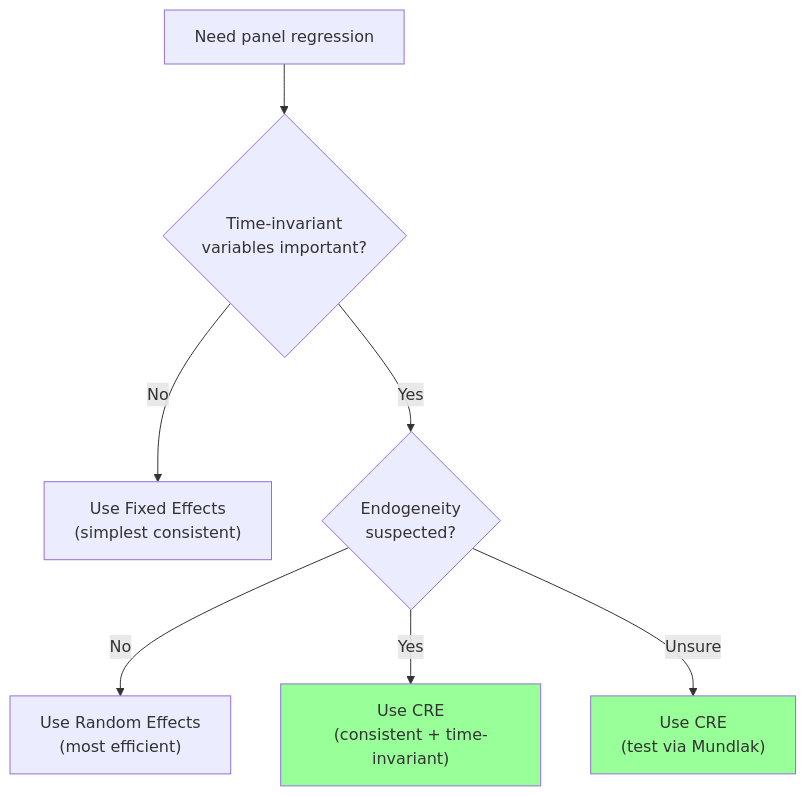
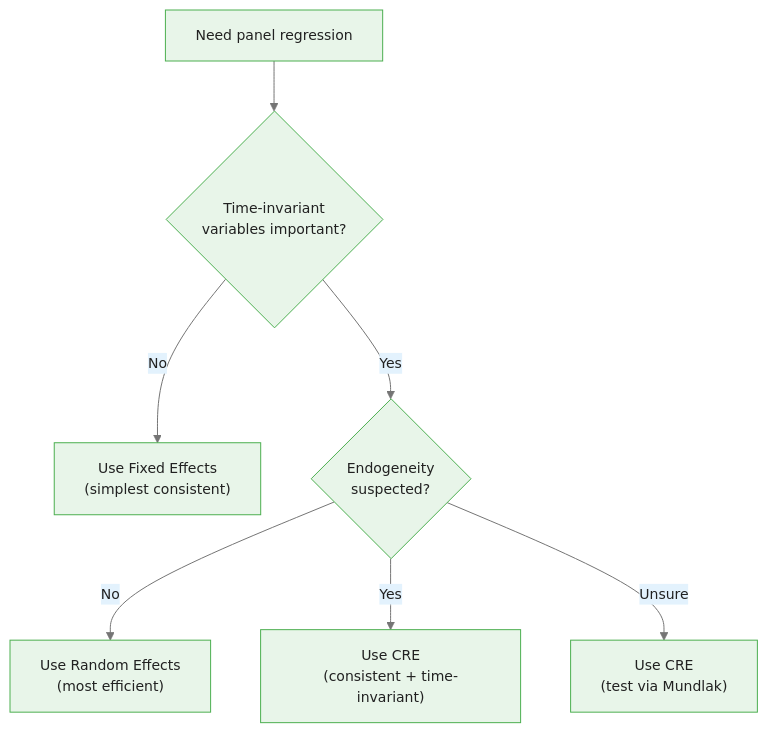
The fourth of 4 diagrams in courses/panel-regression/modules/module_03_random_effects/guides/03_correlated_random_effects_slides.md (m-deane/course-creator), drawn with Mermaid before and after one commit. The commit also changed other lines of this file and 79 other files, not shown here.

````diff
--- a/courses/panel-regression/modules/module_03_random_effects/guides/03_correlated_random_effects_slides.md
+++ b/courses/panel-regression/modules/module_03_random_effects/guides/03_correlated_random_effects_slides.md
@@ -238,12 +277,10 @@
 ```mermaid
+%%{init: {"theme": "base", "themeVariables": {"primaryColor": "#e8f5e9", "primaryBorderColor": "#4caf50", "primaryTextColor": "#212121", "secondaryColor": "#e3f2fd", "tertiaryColor": "#fff8e1", "lineColor": "#757575", "fontFamily": "Inter, sans-serif", "fontSize": "14px"}}}%%
 flowchart TD
     START["Need panel regression"] --> Q1{"Time-invariant<br/>variables important?"}
     Q1 -->|"No"| FE["Use Fixed Effects<br/>(simplest consistent)"]
     Q1 -->|"Yes"| Q2{"Endogeneity<br/>suspected?"}
     Q2 -->|"No"| RE["Use Random Effects<br/>(most efficient)"]
     Q2 -->|"Yes"| CRE["Use CRE<br/>(consistent + time-invariant)"]
     Q2 -->|"Unsure"| CRE2["Use CRE<br/>(test via Mundlak)"]
-
-    style CRE fill:#9f9
-    style CRE2 fill:#9f9
 ```
````
